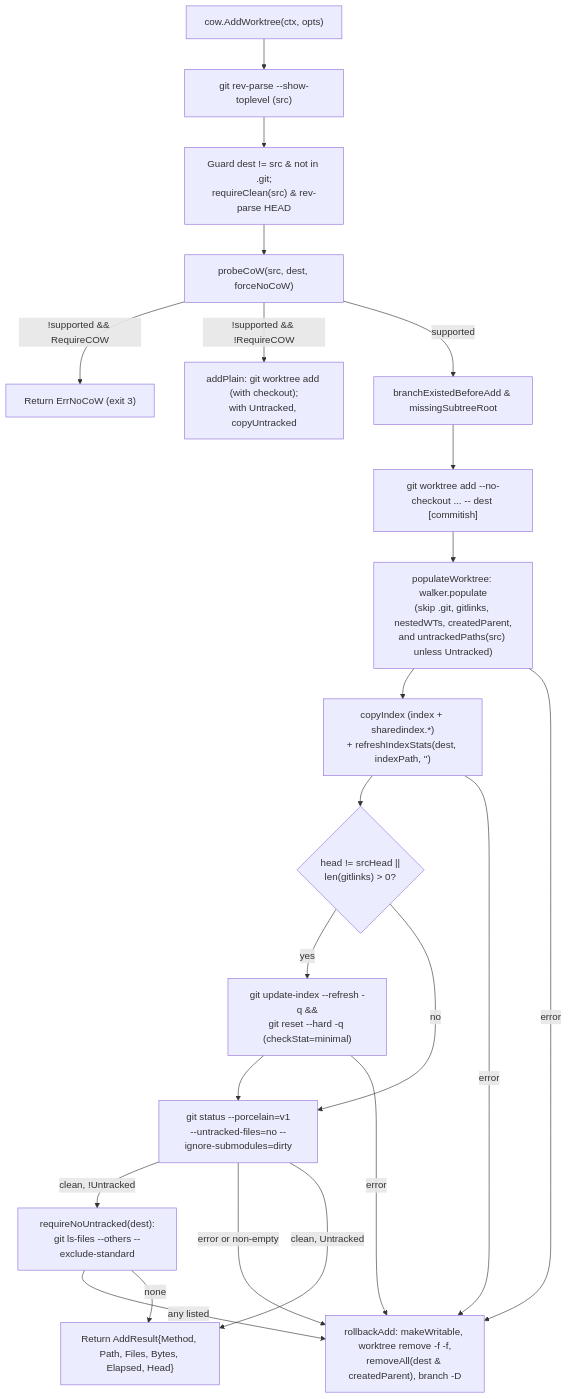
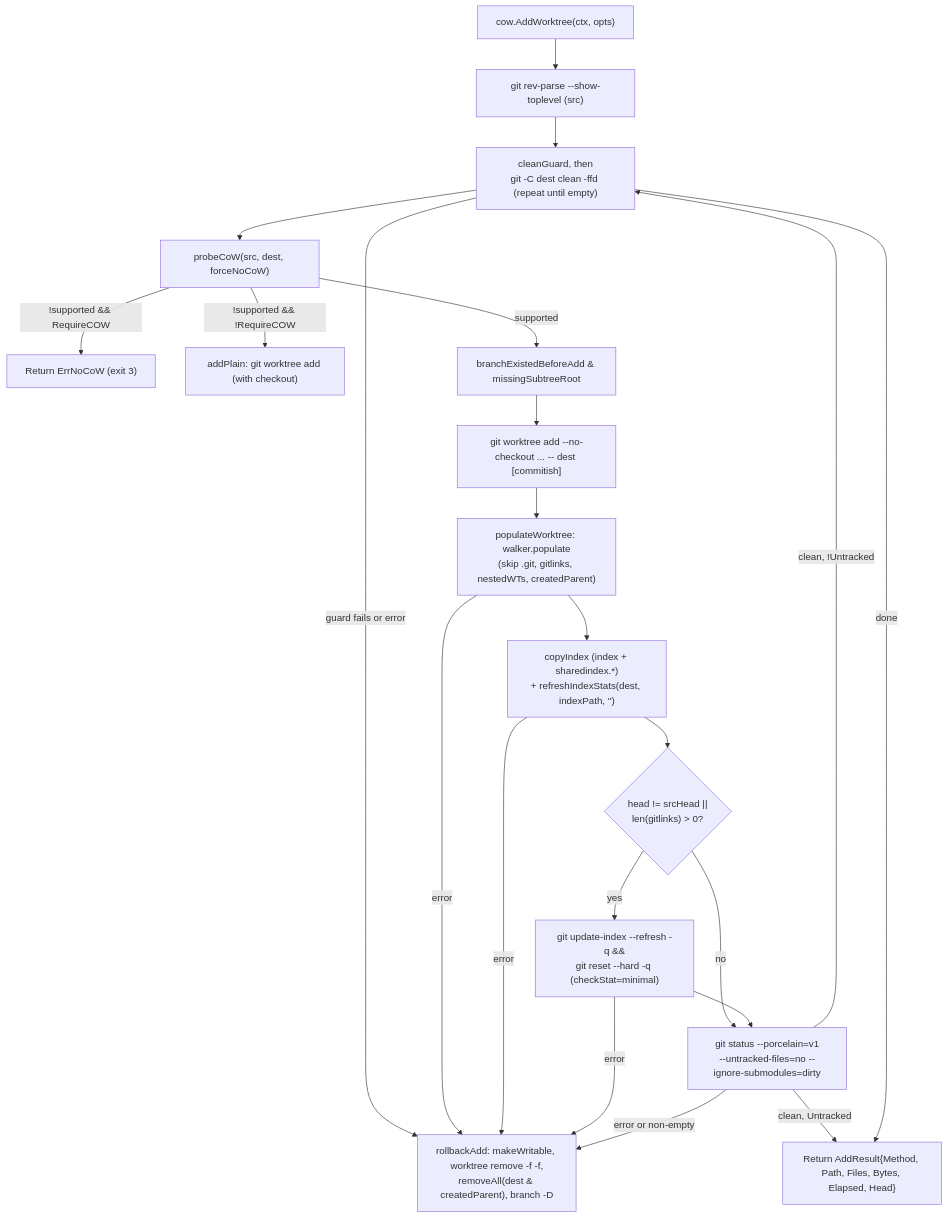
One commit to Roasbeef/git-cow changed the fifth of 8 diagrams in docs/architecture.md. Above: the diagram before and after it, drawn with Mermaid. The commit also changed other lines of this file and 9 other files, not shown here.

````diff
--- a/docs/architecture.md
+++ b/docs/architecture.md
@@ -148,24 +148,24 @@
 ```mermaid
 flowchart TD
     Start["cow.AddWorktree(ctx, opts)"] --> Top["git rev-parse --show-toplevel (src)"]
     Top --> Clean["Guard dest != src & not in .git;<br/>requireClean(src) & rev-parse HEAD"]
     Clean --> Probe["probeCoW(src, dest, forceNoCoW)"]
     Probe -->|"!supported && RequireCOW"| NoCoW["Return ErrNoCoW (exit 3)"]
-    Probe -->|"!supported && !RequireCOW"| Plain["addPlain: git worktree add (with checkout);<br/>with Untracked, copyUntracked"]
+    Probe -->|"!supported && !RequireCOW"| Plain["addPlain: git worktree add (with checkout)"]
     Probe -->|"supported"| PreState["branchExistedBeforeAdd & missingSubtreeRoot"]
     PreState --> GitAdd["git worktree add --no-checkout ... -- dest [commitish]"]
-    GitAdd --> Walk["populateWorktree: walker.populate<br/>(skip .git, gitlinks, nestedWTs, createdParent,<br/>and untrackedPaths(src) unless Untracked)"]
+    GitAdd --> Walk["populateWorktree: walker.populate<br/>(skip .git, gitlinks, nestedWTs, createdParent)"]
     Walk --> CopyIdx["copyIndex (index + sharedindex.*)<br/>+ refreshIndexStats(dest, indexPath, '')"]
     CopyIdx --> NeedReset{"head != srcHead ||<br/>len(gitlinks) > 0?"}
     NeedReset -->|"yes"| Reset["git update-index --refresh -q &&<br/>git reset --hard -q (checkStat=minimal)"]
     NeedReset -->|"no"| Status["git status --porcelain=v1<br/>--untracked-files=no --ignore-submodules=dirty"]
     Reset --> Status
-    Status -->|"clean, !Untracked"| NoUntracked["requireNoUntracked(dest):<br/>git ls-files --others --exclude-standard"]
-    NoUntracked -->|"any listed"| Rollback
+    Status -->|"clean, !Untracked"| Clean["cleanGuard, then<br/>git -C dest clean -ffd (repeat until empty)"]
+    Clean -->|"guard fails or error"| Rollback
     Walk -->|"error"| Rollback["rollbackAdd: makeWritable, worktree remove -f -f,<br/>removeAll(dest & createdParent), branch -D"]
     CopyIdx -->|"error"| Rollback
     Reset -->|"error"| Rollback
     Status -->|"error or non-empty"| Rollback
     Status -->|"clean, Untracked"| Done["Return AddResult{Method, Path, Files, Bytes, Elapsed, Head}"]
-    NoUntracked -->|"none"| Done
+    Clean -->|"done"| Done
 ```
````
